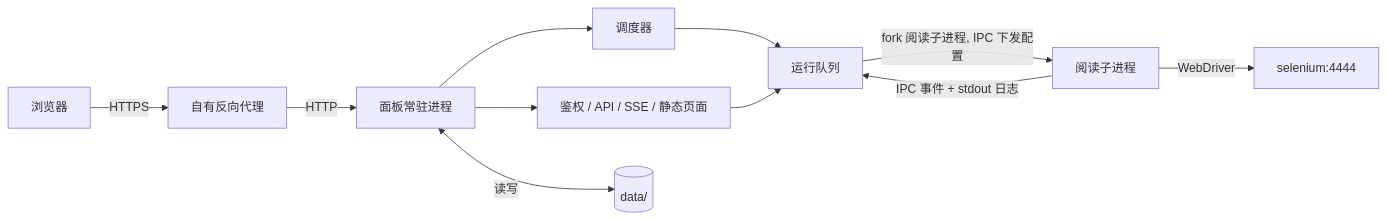
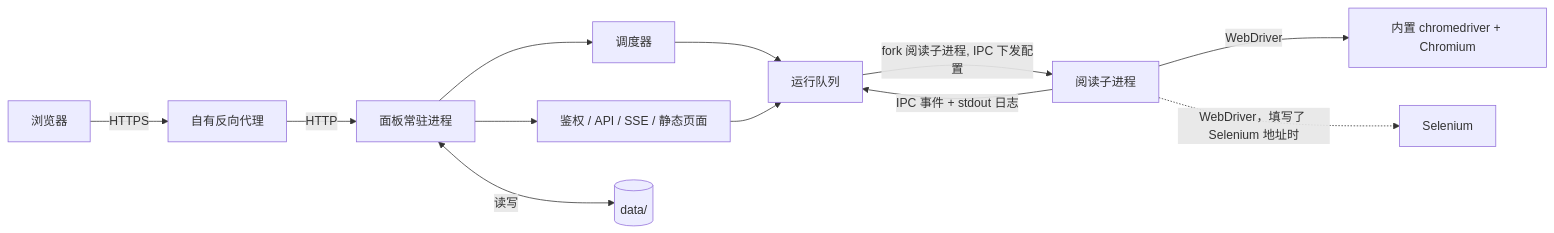
Before and after one commit to lonemoonspace/Weread-Assistant: the first of 2 diagrams in docs/design.md, drawn with Mermaid. The commit also changed other lines of this file and 32 other files, not shown here.

First line of the commit message:
feat: 镜像内置 Chromium 与 chromedriver，不再需要 Selenium 容器

````diff
--- a/docs/design.md
+++ b/docs/design.md
@@ -33,13 +33,14 @@
 ```mermaid
 flowchart LR
   U[浏览器] -->|HTTPS| X[自有反向代理]
   X -->|HTTP| P[面板常驻进程]
   P --> API[鉴权 / API / SSE / 静态页面]
   P --> SC[调度器]
   SC --> Q[运行队列]
   API --> Q
   Q -->|fork 阅读子进程, IPC 下发配置| R[阅读子进程]
   R -->|IPC 事件 + stdout 日志| Q
-  R -->|WebDriver| SE[selenium:4444]
+  R -->|WebDriver| CD[内置 chromedriver + Chromium]
+  R -.->|WebDriver，填写了 Selenium 地址时| SE[Selenium]
   P <-->|读写| D[(data/)]
 ```
````
